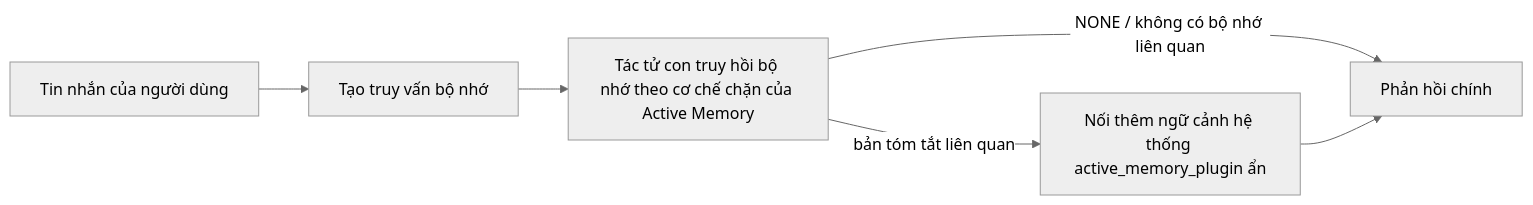
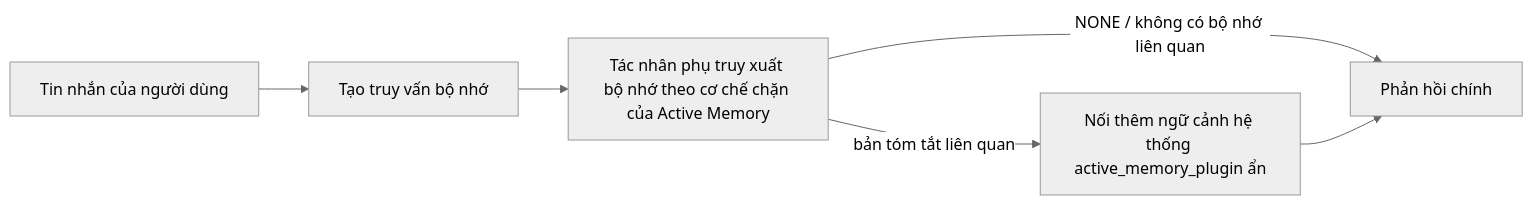
One commit to openclaw/docs changed the diagram in docs/vi/concepts/active-memory.md. Above: the diagram before and after it, drawn with Mermaid (neutral theme). The commit also changed other lines of this file and 6121 other files, not shown here.

````diff
--- a/docs/vi/concepts/active-memory.md
+++ b/docs/vi/concepts/active-memory.md
@@ -73,8 +84,8 @@
 ```mermaid
 flowchart LR
   U["Tin nhắn của người dùng"] --> Q["Tạo truy vấn bộ nhớ"]
-  Q --> R["Tác tử con truy hồi bộ nhớ theo cơ chế chặn của Active Memory"]
+  Q --> R["Tác nhân phụ truy xuất bộ nhớ theo cơ chế chặn của Active Memory"]
   R -->|NONE / không có bộ nhớ liên quan| M["Phản hồi chính"]
   R -->|bản tóm tắt liên quan| I["Nối thêm ngữ cảnh hệ thống active_memory_plugin ẩn"]
   I --> M["Phản hồi chính"]
 ```
````
